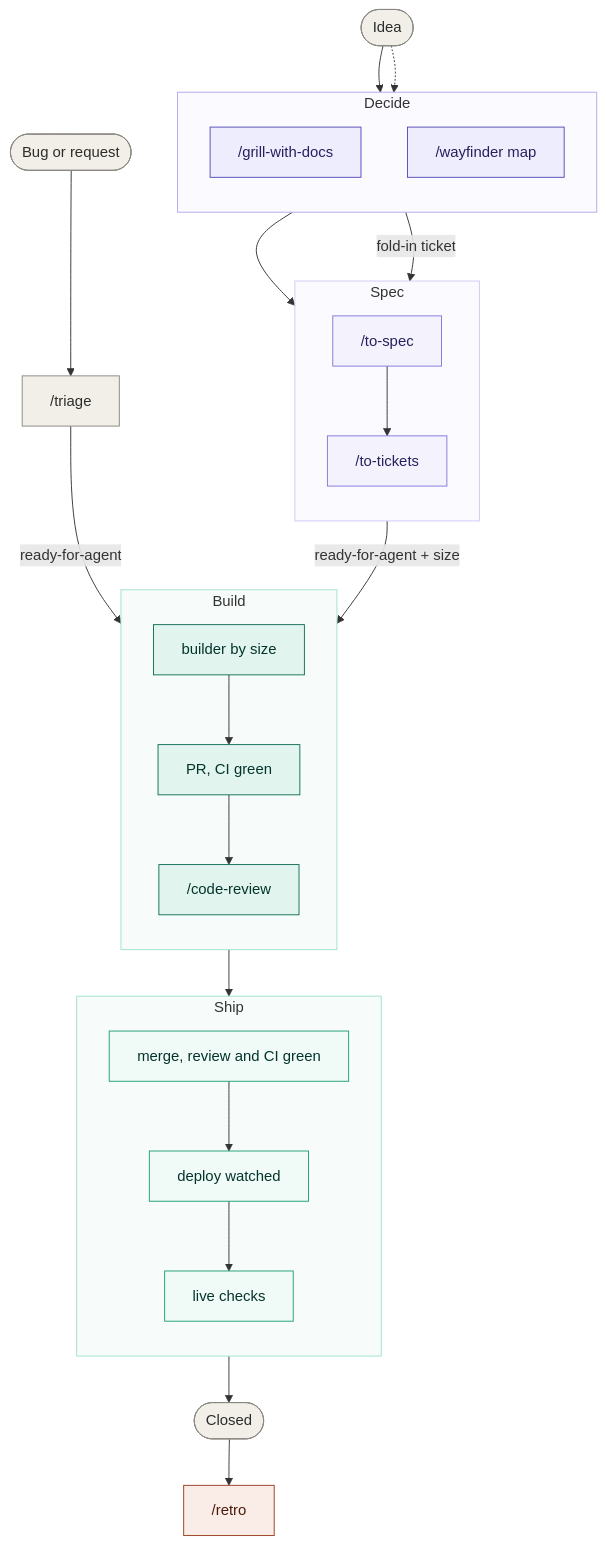
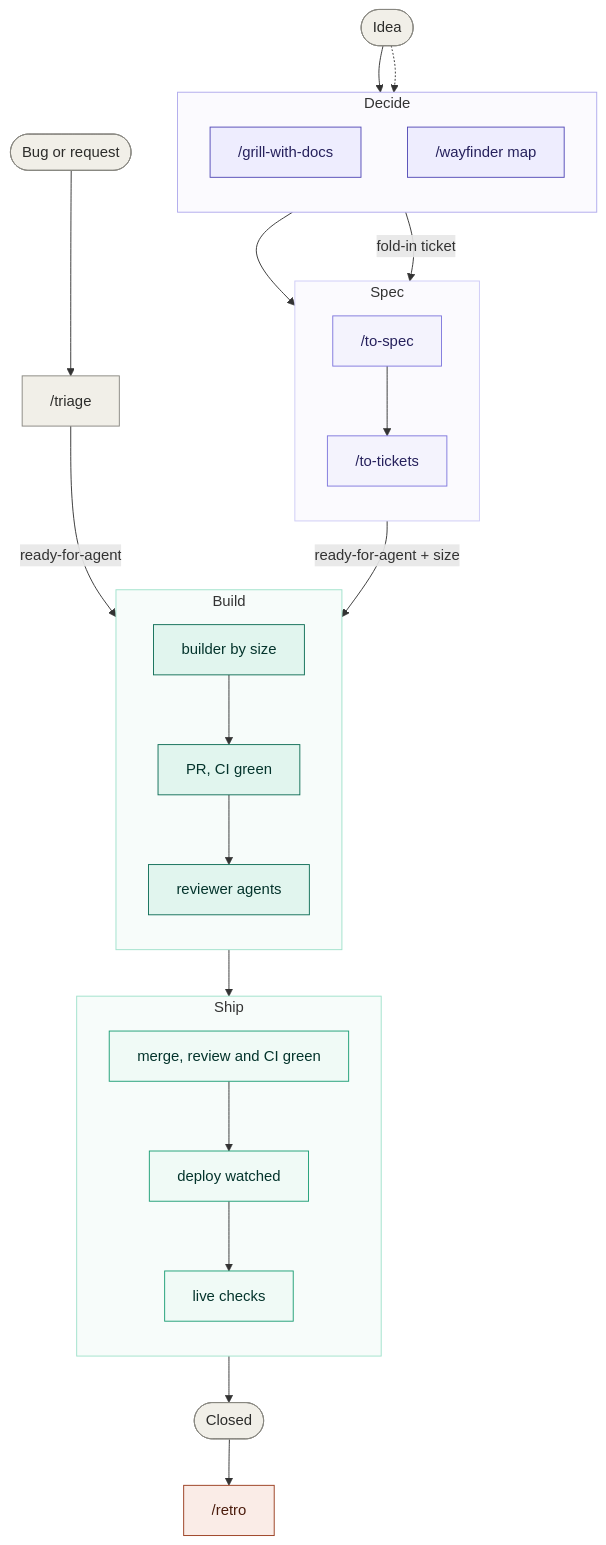
One commit to calindumitru/skills changed the first of 2 diagrams in skills/slice-flow/README.md. Above: the diagram before and after it, drawn with Mermaid. The commit also changed other lines of this file and 8 other files, not shown here.

First line of the commit message:
slice-flow: the review runs through its own reviewer agents (#8)

````diff
--- a/skills/slice-flow/README.md
+++ b/skills/slice-flow/README.md
@@ -18,48 +18,48 @@
 ```mermaid
 flowchart TB
     idea([Idea]) --> grill
     bug([Bug or request]) --> triage
 
     subgraph decide [Decide]
         direction TB
         grill["/grill-with-docs"]
         map["/wayfinder map"]
     end
     subgraph spec [Spec]
         direction TB
         tospec["/to-spec"] --> totickets["/to-tickets"]
     end
     subgraph build [Build]
         direction TB
-        builder["builder by size"] --> pr["PR, CI green"] --> review["/code-review"]
+        builder["builder by size"] --> pr["PR, CI green"] --> review["reviewer agents"]
     end
     subgraph ship [Ship]
         direction TB
         merge["merge, review and CI green"] --> deploy["deploy watched"] --> checks["live checks"]
     end
 
     idea -.-> map
     grill --> tospec
     map -- fold-in ticket --> tospec
     totickets -- ready-for-agent + size --> builder
     triage["/triage"] -- ready-for-agent --> builder
     review --> merge
     checks --> closed([Closed]) --> retro["/retro"]
 
     classDef decide fill:#EEEDFE,stroke:#534AB7,color:#26215C
     classDef spec fill:#F4F3FD,stroke:#7F77DD,color:#26215C
     classDef build fill:#E1F5EE,stroke:#0F6E56,color:#04342C
     classDef ship fill:#F0FAF6,stroke:#1D9E75,color:#04342C
     classDef edge fill:#F1EFE8,stroke:#888780,color:#2C2C2A
     classDef retro fill:#FAECE7,stroke:#993C1D,color:#4A1B0C
     class grill,map decide
     class tospec,totickets spec
     class builder,pr,review build
     class merge,deploy,checks ship
     class idea,bug,triage,closed edge
     class retro retro
     style decide fill:#FBFAFE,stroke:#AFA9EC
     style spec fill:#FBFAFE,stroke:#CECBF6
     style build fill:#F7FCFA,stroke:#9FE1CB
     style ship fill:#F7FCFA,stroke:#9FE1CB
 ```
````
